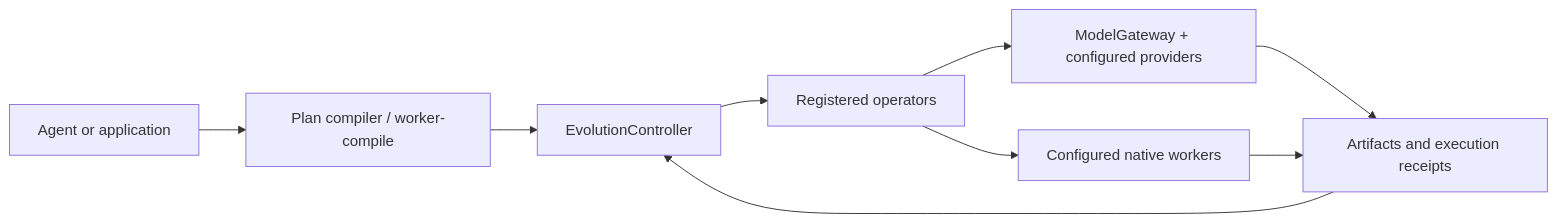
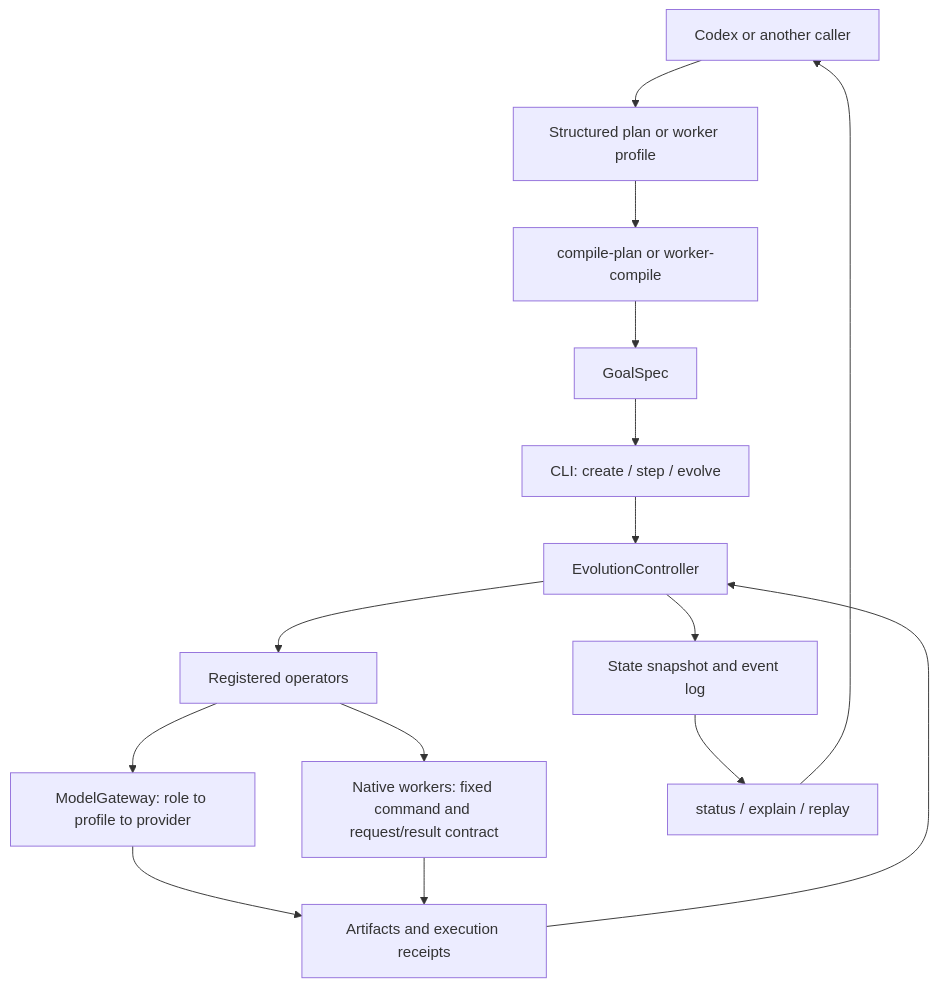
Before and after one commit to PRIS-CV/DataEvolver: the diagram in README.md, drawn with Mermaid. The commit also changed other lines of this file and 2 other files, not shown here.

Commit message:
docs: explain Harness and restore bilingual project READMEs

````diff
--- a/README.md
+++ b/README.md
@@ -17,11 +125,17 @@
 ```mermaid
-flowchart LR
-    A[Agent or application] --> B[Plan compiler / worker-compile]
-    B --> C[EvolutionController]
-    C --> D[Registered operators]
-    D --> M[ModelGateway + configured providers]
-    D --> W[Configured native workers]
-    M --> F[Artifacts and execution receipts]
-    W --> F
-    F --> C
+flowchart TD
+    A[Codex or another caller] --> B[Structured plan or worker profile]
+    B --> C[compile-plan or worker-compile]
+    C --> G[GoalSpec]
+    G --> D[CLI: create / step / evolve]
+    D --> E[EvolutionController]
+    E --> O[Registered operators]
+    O --> M[ModelGateway: role to profile to provider]
+    O --> W[Native workers: fixed command and request/result contract]
+    M --> R[Artifacts and execution receipts]
+    W --> R
+    R --> E
+    E --> S[State snapshot and event log]
+    S --> I[status / explain / replay]
+    I --> A
 ```
````
